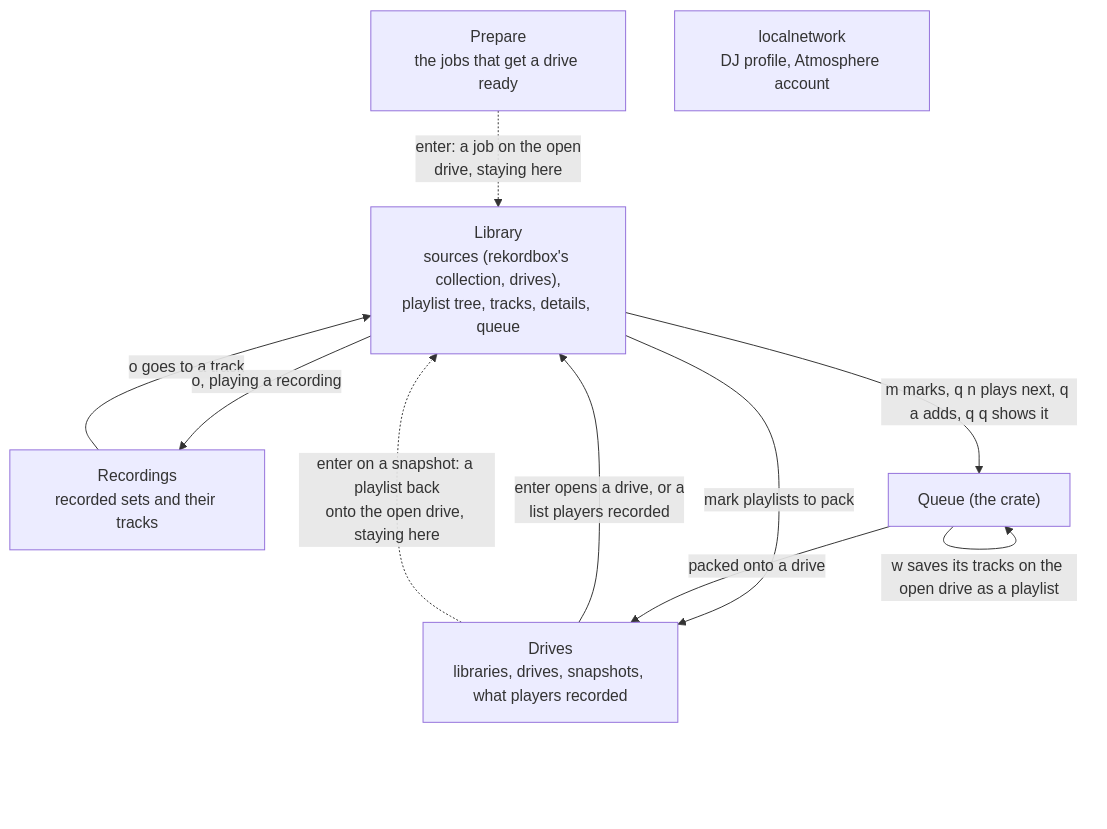
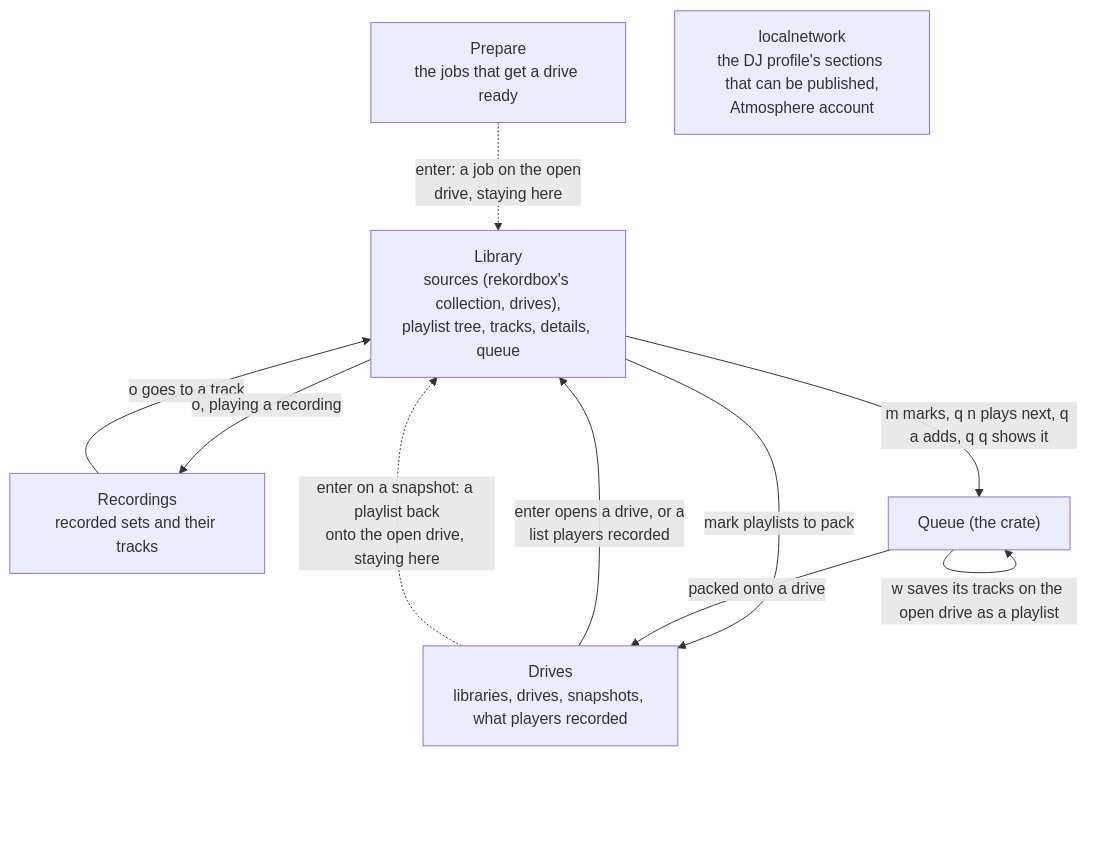
Before and after one commit to cutenode/localnetwork: the first of 17 diagrams in apps/locallibrary/docs/diagrams/player.md, drawn with Mermaid. The commit also changed 14 other files, not shown here.

First line of the commit message:
feat(locallibrary): show only publishable sections and a collection overview in localnetwork

````diff
--- a/apps/locallibrary/docs/diagrams/player.md
+++ b/apps/locallibrary/docs/diagrams/player.md
@@ -27,17 +27,17 @@
 ```mermaid
 flowchart TD
     library["Library<br/>sources (rekordbox's collection, drives),<br/>playlist tree, tracks, details, queue"]
     prepare["Prepare<br/>the jobs that get a drive ready"]
     drives["Drives<br/>libraries, drives, snapshots, what players recorded"]
     recordings["Recordings<br/>recorded sets and their tracks"]
-    publish["localnetwork<br/>DJ profile, Atmosphere account"]
+    publish["localnetwork<br/>the DJ profile's sections that can be published,<br/>Atmosphere account"]
     drives -->|"enter opens a drive, or a<br/>list players recorded"| library
     drives -.->|"enter on a snapshot: a playlist back<br/>onto the open drive, staying here"| library
     prepare -.->|"enter: a job on the open<br/>drive, staying here"| library
     recordings -->|"o goes to a track"| library
     library -->|"o, playing a recording"| recordings
     library -->|"mark playlists to pack"| drives
     library -->|"m marks, q n plays next, q a adds, q q shows it"| crate["Queue (the crate)"]
     crate -->|"w saves its tracks on the open drive as a playlist"| crate
     crate -->|"packed onto a drive"| drives
 ```
````
